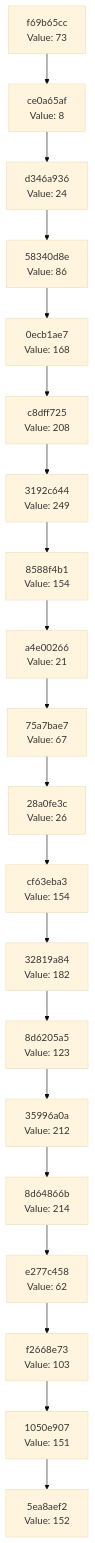
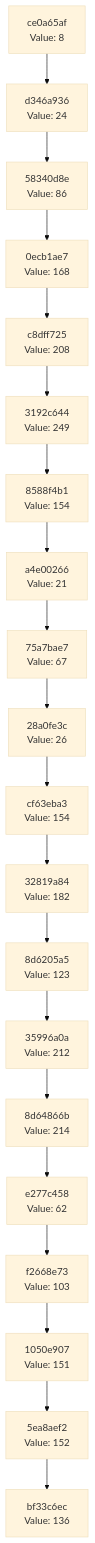
Before and after one commit to Abhisheksinha1506/hash-chain-evolver: the diagram in docs/CHAIN_VISUALIZATION.md, drawn with Mermaid (base theme). The commit also changed 2 other files, not shown here.

Commit message:
Evolution Step

````diff
--- a/docs/CHAIN_VISUALIZATION.md
+++ b/docs/CHAIN_VISUALIZATION.md
@@ -3,42 +3,42 @@
 ```mermaid
 graph TD
-    C0["5ea8aef2<br/>Value: 152"]
-    C1["1050e907<br/>Value: 151"]
+    C0["bf33c6ec<br/>Value: 136"]
+    C1["5ea8aef2<br/>Value: 152"]
     C1 --> C0
-    C2["f2668e73<br/>Value: 103"]
+    C2["1050e907<br/>Value: 151"]
     C2 --> C1
-    C3["e277c458<br/>Value: 62"]
+    C3["f2668e73<br/>Value: 103"]
     C3 --> C2
-    C4["8d64866b<br/>Value: 214"]
+    C4["e277c458<br/>Value: 62"]
     C4 --> C3
-    C5["35996a0a<br/>Value: 212"]
+    C5["8d64866b<br/>Value: 214"]
     C5 --> C4
-    C6["8d6205a5<br/>Value: 123"]
+    C6["35996a0a<br/>Value: 212"]
     C6 --> C5
-    C7["32819a84<br/>Value: 182"]
+    C7["8d6205a5<br/>Value: 123"]
     C7 --> C6
-    C8["cf63eba3<br/>Value: 154"]
+    C8["32819a84<br/>Value: 182"]
     C8 --> C7
-    C9["28a0fe3c<br/>Value: 26"]
+    C9["cf63eba3<br/>Value: 154"]
     C9 --> C8
-    C10["75a7bae7<br/>Value: 67"]
+    C10["28a0fe3c<br/>Value: 26"]
     C10 --> C9
-    C11["a4e00266<br/>Value: 21"]
+    C11["75a7bae7<br/>Value: 67"]
     C11 --> C10
-    C12["8588f4b1<br/>Value: 154"]
+    C12["a4e00266<br/>Value: 21"]
     C12 --> C11
-    C13["3192c644<br/>Value: 249"]
+    C13["8588f4b1<br/>Value: 154"]
     C13 --> C12
-    C14["c8dff725<br/>Value: 208"]
+    C14["3192c644<br/>Value: 249"]
     C14 --> C13
-    C15["0ecb1ae7<br/>Value: 168"]
+    C15["c8dff725<br/>Value: 208"]
     C15 --> C14
-    C16["58340d8e<br/>Value: 86"]
+    C16["0ecb1ae7<br/>Value: 168"]
     C16 --> C15
-    C17["d346a936<br/>Value: 24"]
+    C17["58340d8e<br/>Value: 86"]
     C17 --> C16
-    C18["ce0a65af<br/>Value: 8"]
+    C18["d346a936<br/>Value: 24"]
     C18 --> C17
-    C19["f69b65cc<br/>Value: 73"]
+    C19["ce0a65af<br/>Value: 8"]
     C19 --> C18
 ```
````
